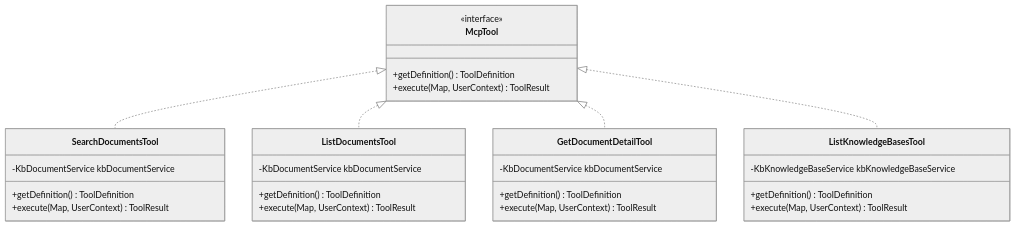
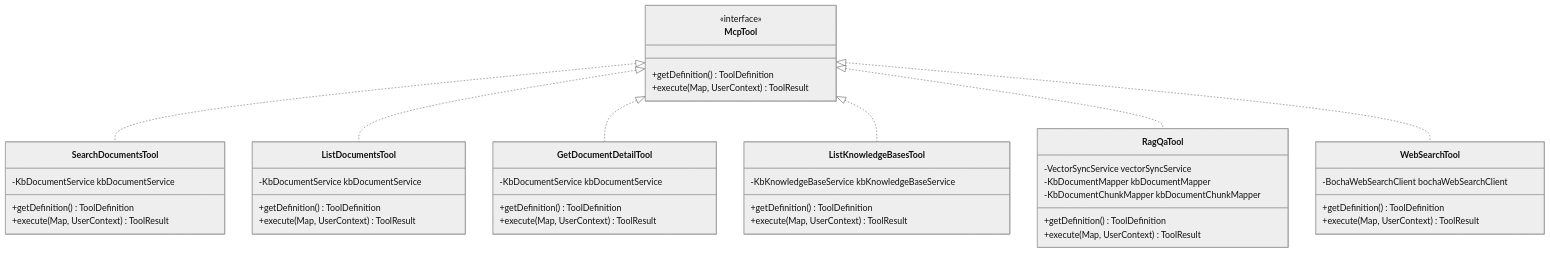
One commit to ZjlShenshiqing/EnterpriseKnowledgeWorkspace changed diagram 30 of 38 in docs/knowledge-service-code-analysis.md. Above: the diagram before and after it, drawn with Mermaid (neutral theme). The commit also changed other lines of this file and 16 other files, not shown here.

````diff
--- a/docs/knowledge-service-code-analysis.md
+++ b/docs/knowledge-service-code-analysis.md
@@ -4027,37 +4044,53 @@
 ```mermaid
 classDiagram
     class McpTool {
         <<interface>>
         +getDefinition() ToolDefinition
         +execute(Map, UserContext) ToolResult
     }
 
     class SearchDocumentsTool {
         -KbDocumentService kbDocumentService
         +getDefinition() ToolDefinition
         +execute(Map, UserContext) ToolResult
     }
 
     class ListDocumentsTool {
         -KbDocumentService kbDocumentService
         +getDefinition() ToolDefinition
         +execute(Map, UserContext) ToolResult
     }
 
     class GetDocumentDetailTool {
         -KbDocumentService kbDocumentService
         +getDefinition() ToolDefinition
         +execute(Map, UserContext) ToolResult
     }
 
     class ListKnowledgeBasesTool {
         -KbKnowledgeBaseService kbKnowledgeBaseService
         +getDefinition() ToolDefinition
         +execute(Map, UserContext) ToolResult
     }
 
+    class RagQaTool {
+        -VectorSyncService vectorSyncService
+        -KbDocumentMapper kbDocumentMapper
+        -KbDocumentChunkMapper kbDocumentChunkMapper
+        +getDefinition() ToolDefinition
+        +execute(Map, UserContext) ToolResult
+    }
+
+    class WebSearchTool {
+        -BochaWebSearchClient bochaWebSearchClient
+        +getDefinition() ToolDefinition
+        +execute(Map, UserContext) ToolResult
+    }
+
     McpTool <|.. SearchDocumentsTool
     McpTool <|.. ListDocumentsTool
     McpTool <|.. GetDocumentDetailTool
     McpTool <|.. ListKnowledgeBasesTool
+    McpTool <|.. RagQaTool
+    McpTool <|.. WebSearchTool
 ```
````
